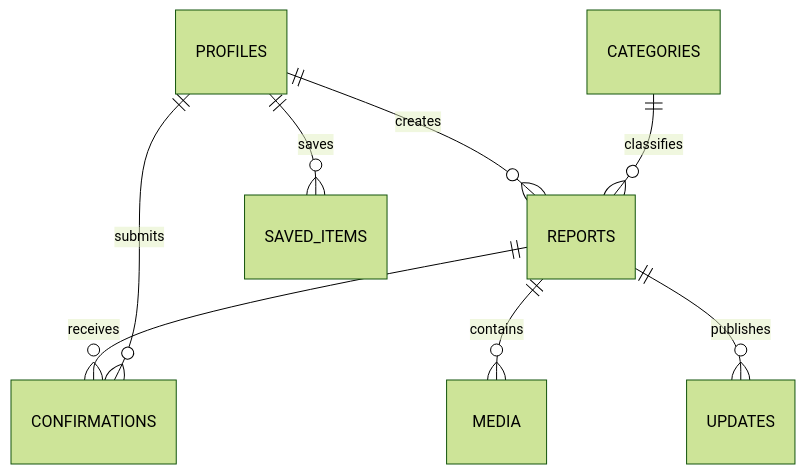
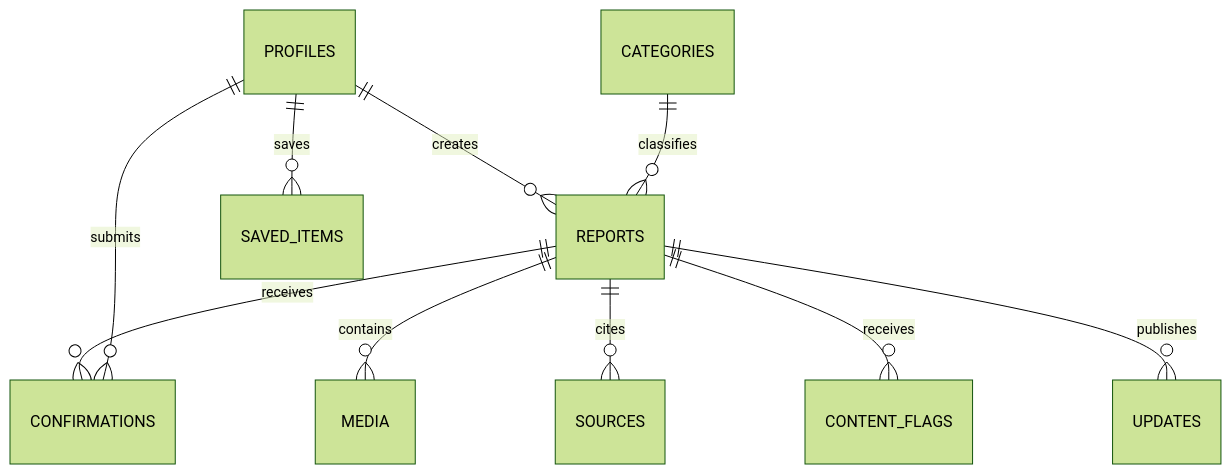
One commit to anhtuanleee/trending-map changed the first of 2 diagrams in docs/architecture/backend-and-data.md. Above: the diagram before and after it, drawn with Mermaid (forest theme). The commit also changed other lines of this file and 44 other files, not shown here.

````diff
--- a/docs/architecture/backend-and-data.md
+++ b/docs/architecture/backend-and-data.md
@@ -14,10 +14,12 @@
 ```mermaid
 erDiagram
   PROFILES ||--o{ REPORTS : creates
   CATEGORIES ||--o{ REPORTS : classifies
   REPORTS ||--o{ CONFIRMATIONS : receives
   PROFILES ||--o{ CONFIRMATIONS : submits
   REPORTS ||--o{ MEDIA : contains
+  REPORTS ||--o{ SOURCES : cites
+  REPORTS ||--o{ CONTENT_FLAGS : receives
   REPORTS ||--o{ UPDATES : publishes
   PROFILES ||--o{ SAVED_ITEMS : saves
 ```
````
